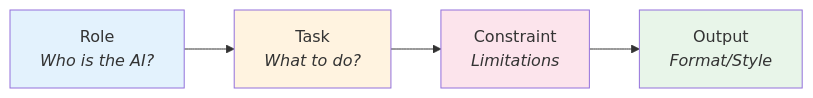
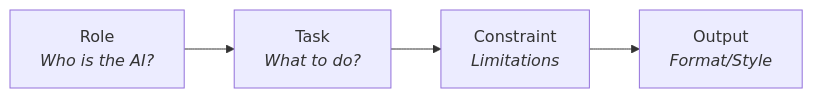
The ninth of 16 diagrams in docs/specs/design/202511301430-brin-genai-workshop.md (fajarAnd/workshop-brin), drawn with Mermaid before and after one commit. The commit also changed other lines of this file, not shown here.

````diff
--- a/docs/specs/design/202511301430-brin-genai-workshop.md
+++ b/docs/specs/design/202511301430-brin-genai-workshop.md
@@ -464,11 +478,6 @@
 ```mermaid
 graph LR
     A[Role<br/><i>Who is the AI?</i>] --> B[Task<br/><i>What to do?</i>]
     B --> C[Constraint<br/><i>Limitations</i>]
     C --> D[Output<br/><i>Format/Style</i>]
-
-    style A fill:#e3f2fd
-    style B fill:#fff3e0
-    style C fill:#fce4ec
-    style D fill:#e8f5e9
 ```
````
